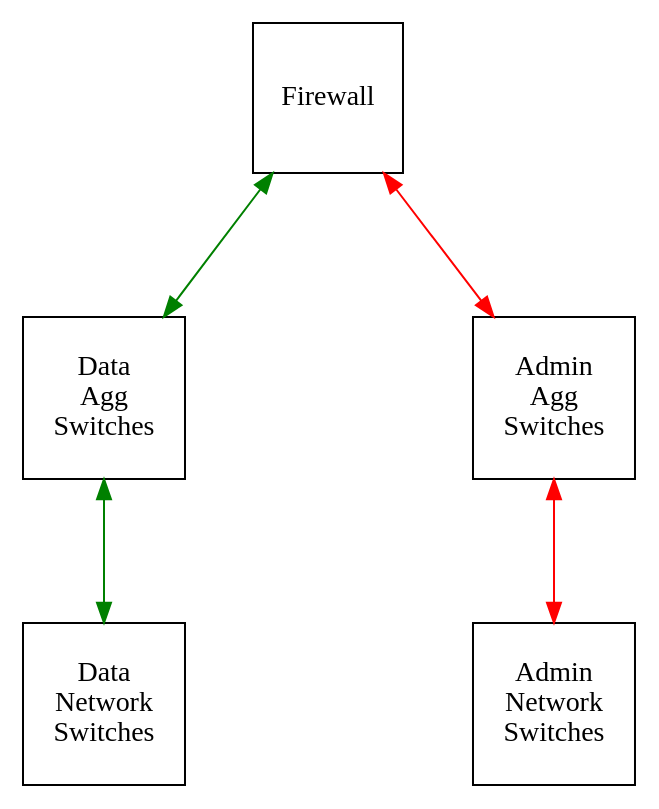
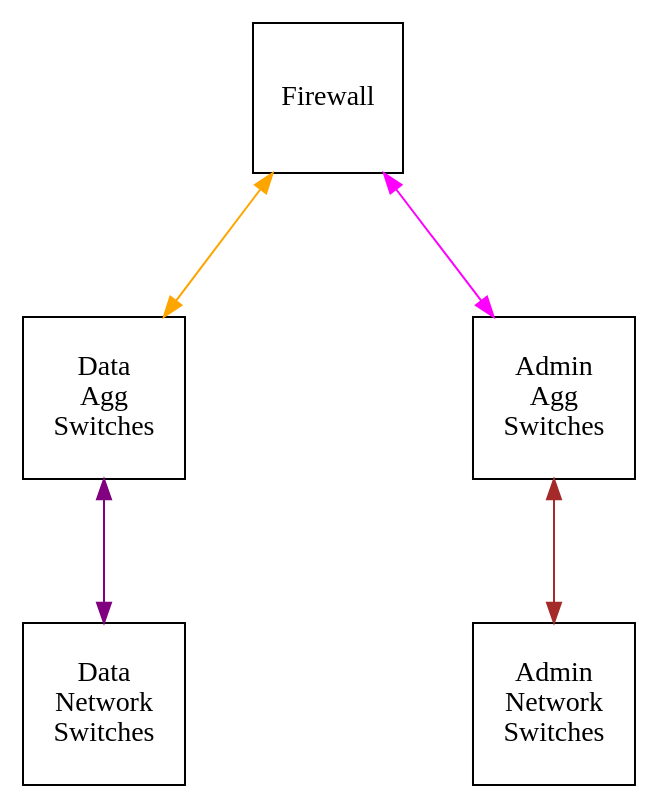
Before and after one commit to BSCrumpton/hpc-diagram-sensitivity-examples: the diagram in Switch_Diagrams/switch_diagram_2.gv, drawn with Graphviz. The commit also changed 1 other file, not shown here.

Commit message:
fixing the edge colors for switch diagram 1 and 2

```diff
--- a/Switch_Diagrams/switch_diagram_2.gv
+++ b/Switch_Diagrams/switch_diagram_2.gv
@@ -1,14 +1,14 @@
 // add Agg Switches
 digraph g {
     ranksep=1;
     nodesep=2;
     FW[shape=square,label="Firewall"];
     Data_Net[shape=square,dir=both,label="Data\nNetwork\nSwitches"];
     Admin_Net[shape=square,dir=both,label="Admin\nNetwork\nSwitches"];
-    FW -> Data_Agg[color=green,dir=both];
-    FW -> Admin_Agg[color=red,dir=both];
+    FW -> Data_Agg[color=orange,dir=both];
+    FW -> Admin_Agg[color=magenta,dir=both];
     Data_Agg[shape=square,dir=both,label="Data\nAgg\nSwitches"];
     Admin_Agg[shape=square,dir=both,label="Admin\nAgg\nSwitches"];
-    Data_Agg -> Data_Net[color=green,dir=both];
-    Admin_Agg -> Admin_Net[color=red,dir=both];
+    Data_Agg -> Data_Net[color=purple,dir=both];
+    Admin_Agg -> Admin_Net[color=brown,dir=both];
 }
```
